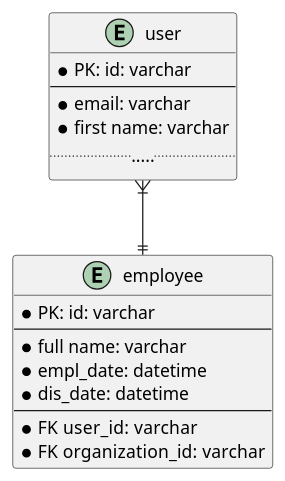
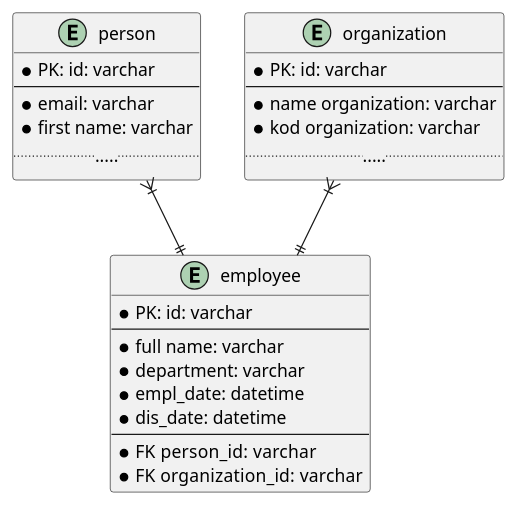
One commit to VictoriaKh-T/Payslip_platform changed the diagram in documentation/er-diagram/script/employee.puml. Above: the diagram before and after it, drawn with PlantUML. The commit also changed 21 other files, not shown here.

```diff
--- a/documentation/er-diagram/script/employee.puml
+++ b/documentation/er-diagram/script/employee.puml
@@ -1,25 +1,35 @@
 @startuml
 'https://plantuml.com/ie-diagram
 
 entity "employee" as empl {
 * PK: id: varchar
 --
 * full name: varchar
+* department: varchar
 * empl_date: datetime
 * dis_date: datetime
 --
- * FK  user_id: varchar
+ * FK  person_id: varchar
  * FK  organization_id: varchar
 }
 
-entity "user" as u {
+entity "person" as u {
 * PK: id: varchar
 --
 * email: varchar
 * first name: varchar
 .........
 }
 
+entity "organization" as o {
+* PK: id: varchar
+--
+* name organization: varchar
+* kod organization: varchar
+.........
+}
+
 u  }|--|| empl
 
+o  }|--|| empl
 @enduml
```
